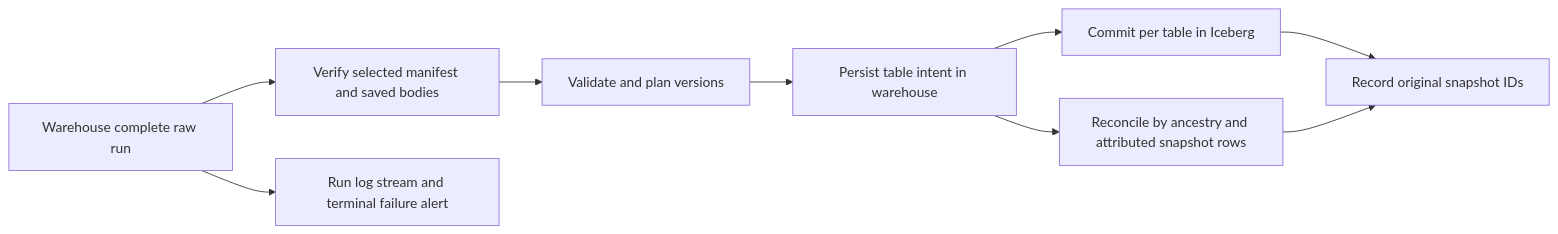
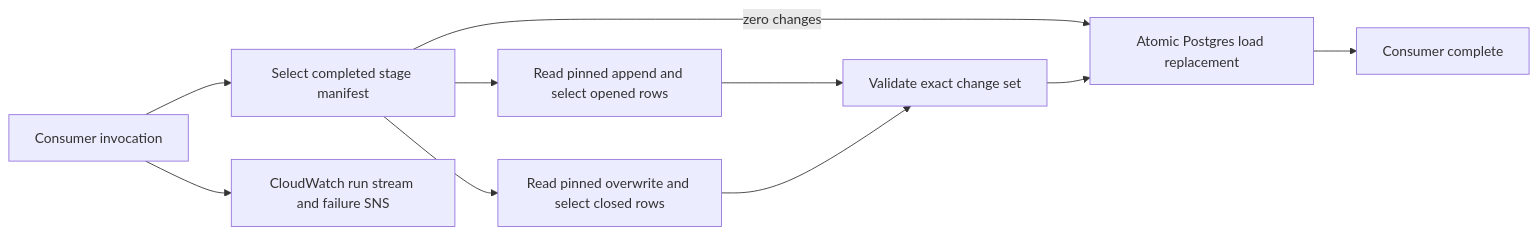
One commit to gsanchez2141/world-bank-poc changed the diagram in IMPLEMENTATION_CONTRACT.md. Above: the diagram before and after it, drawn with Mermaid. The commit also changed other lines of this file and 16 other files, not shown here.

Commit message:
feat(consumer): load exact Iceberg snapshots into Postgres

````diff
--- a/IMPLEMENTATION_CONTRACT.md
+++ b/IMPLEMENTATION_CONTRACT.md
@@ -52,11 +59,12 @@
 ```mermaid
 flowchart LR
-    Run[Warehouse complete raw run] --> Raw[Verify selected manifest and saved bodies]
-    Raw --> Plan[Validate and plan versions]
-    Plan --> Intent[Persist table intent in warehouse]
-    Intent --> Ice[Commit per table in Iceberg]
-    Ice --> Publish[Record original snapshot IDs]
-    Intent --> Recover[Reconcile by ancestry and attributed snapshot rows]
-    Recover --> Publish
-    Run --> Logs[Run log stream and terminal failure alert]
+    Run[Consumer invocation] --> Manifest[Select completed stage manifest]
+    Manifest --> Append[Read pinned append and select opened rows]
+    Manifest --> Close[Read pinned overwrite and select closed rows]
+    Append --> Check[Validate exact change set]
+    Close --> Check
+    Manifest -->|zero changes| Publish[Atomic Postgres load replacement]
+    Check --> Publish
+    Publish --> Status[Consumer complete]
+    Run --> Logs[CloudWatch run stream and failure SNS]
 ```
````
